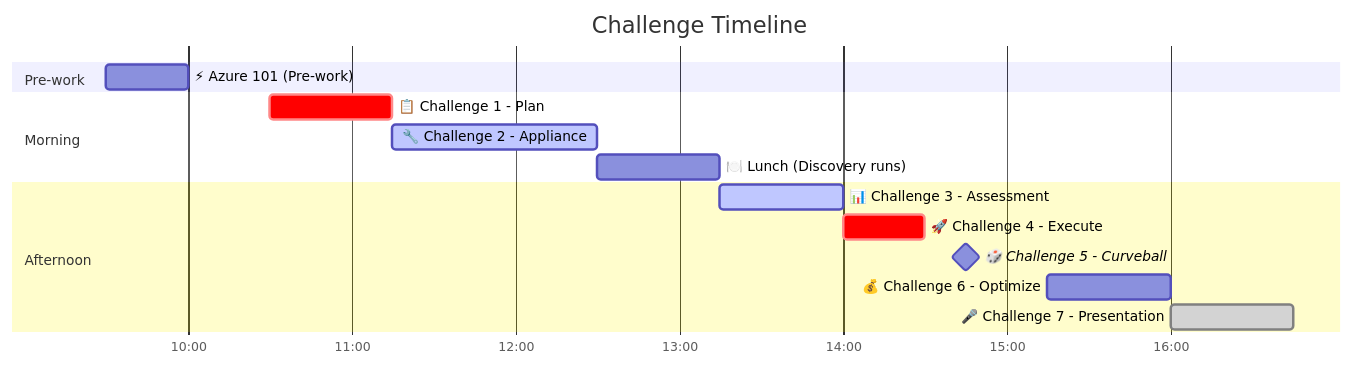
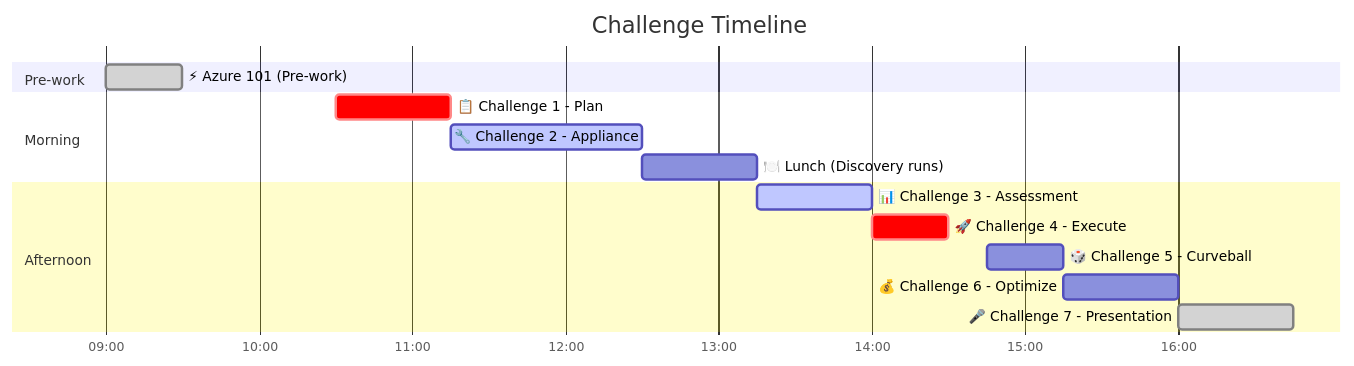
The diagram in docs/challenges/README.md (jonathan-vella/azure-migrate-wds), drawn with Mermaid before and after one commit. The commit also changed other lines of this file and 17 other files, not shown here.

````diff
--- a/docs/challenges/README.md
+++ b/docs/challenges/README.md
@@ -7,21 +7,21 @@
 ```mermaid
 gantt
     title Challenge Timeline
     dateFormat HH:mm
     axisFormat %H:%M
 
     section Pre-work
-    ⚡ Azure 101 (Pre-work)              :c0, 09:30, 30m
+    ⚡ Azure 101 (Pre-work)              :done, c0, 09:00, 30m
 
     section Morning
     📋 Challenge 1 - Plan               :crit, c1, 10:30, 45m
     🔧 Challenge 2 - Appliance          :active, c2, 11:15, 75m
     🍽️ Lunch (Discovery runs)          :lunch, 12:30, 45m
 
     section Afternoon
     📊 Challenge 3 - Assessment         :active, c3, 13:15, 45m
     🚀 Challenge 4 - Execute            :crit, c4, 14:00, 30m
-    🎲 Challenge 5 - Curveball          :milestone, c5, 14:45, 0m
+    🎲 Challenge 5 - Curveball          :c5, 14:45, 30m
     💰 Challenge 6 - Optimize           :c6, 15:15, 45m
     🎤 Challenge 7 - Presentation       :done, c7, 16:00, 45m
 ```
````
